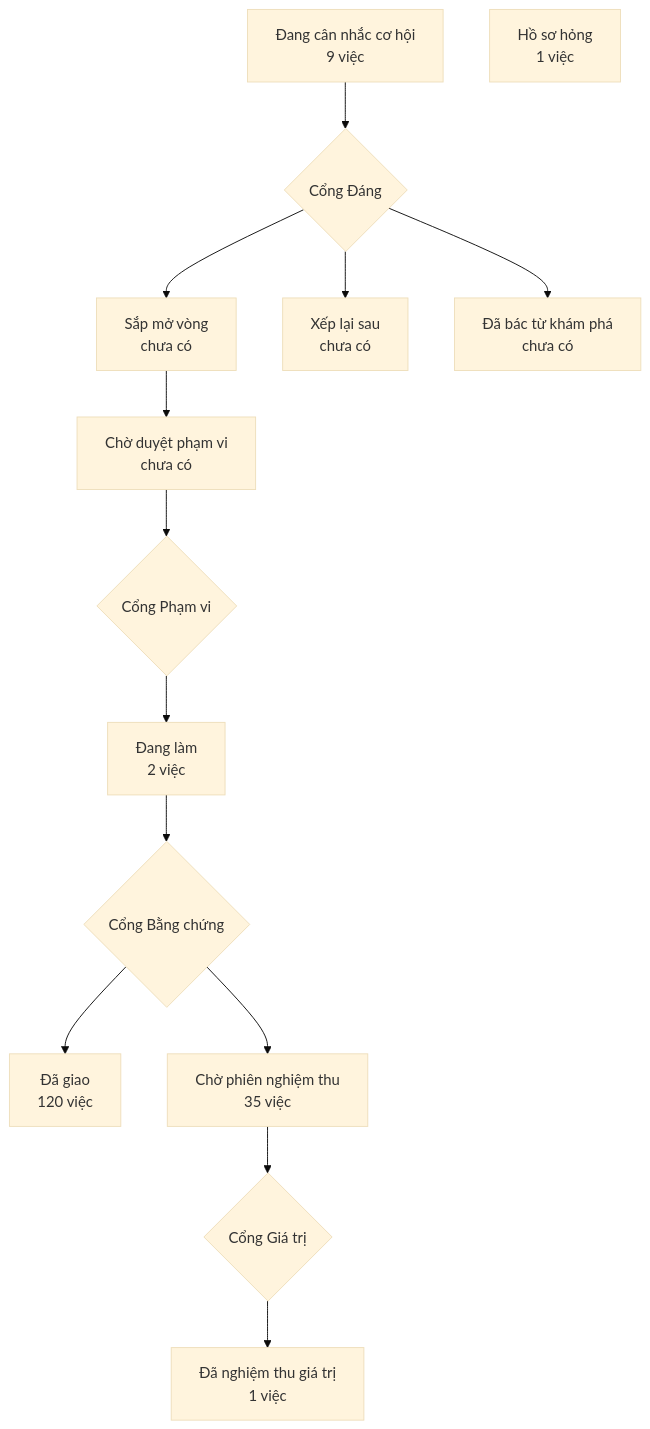
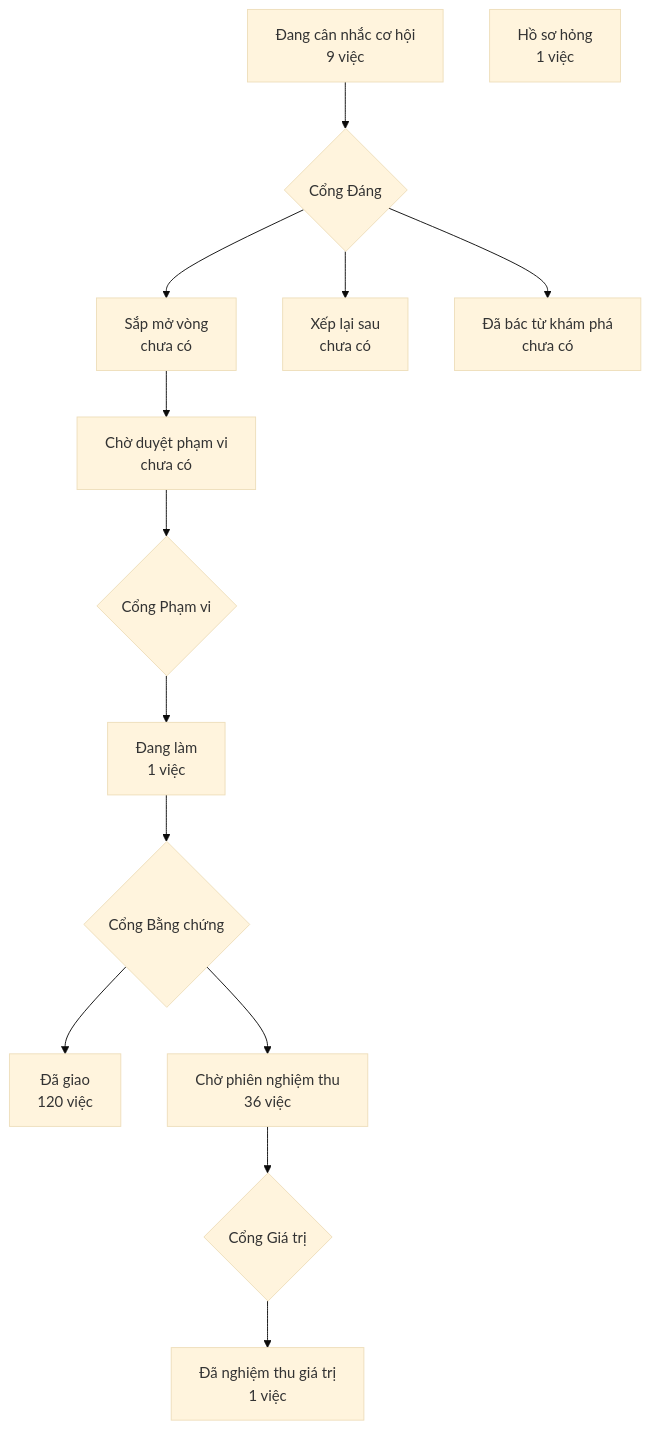
Before and after one commit to phanlemanh/crm-onehub: the diagram in PRODUCT-MAP.md, drawn with Mermaid (base theme). The commit also changed 6 other files, not shown here.

````diff
--- a/PRODUCT-MAP.md
+++ b/PRODUCT-MAP.md
@@ -7,13 +7,13 @@
 ```mermaid
 flowchart TD
   A["Đang cân nhắc cơ hội<br/>9 việc"] --> GD{"Cổng Đáng"}
   GD --> B["Sắp mở vòng<br/>chưa có"]
   GD --> XL["Xếp lại sau<br/>chưa có"]
   GD --> DB["Đã bác từ khám phá<br/>chưa có"]
   B --> CD["Chờ duyệt phạm vi<br/>chưa có"] --> GP{"Cổng Phạm vi"}
-  GP --> DL["Đang làm<br/>2 việc"] --> GB{"Cổng Bằng chứng"}
+  GP --> DL["Đang làm<br/>1 việc"] --> GB{"Cổng Bằng chứng"}
   GB --> DG["Đã giao<br/>120 việc"]
-  GB --> CN["Chờ phiên nghiệm thu<br/>35 việc"] --> GG{"Cổng Giá trị"}
+  GB --> CN["Chờ phiên nghiệm thu<br/>36 việc"] --> GG{"Cổng Giá trị"}
   GG --> NT["Đã nghiệm thu giá trị<br/>1 việc"]
   HS["Hồ sơ hỏng<br/>1 việc"]
 ```
````
